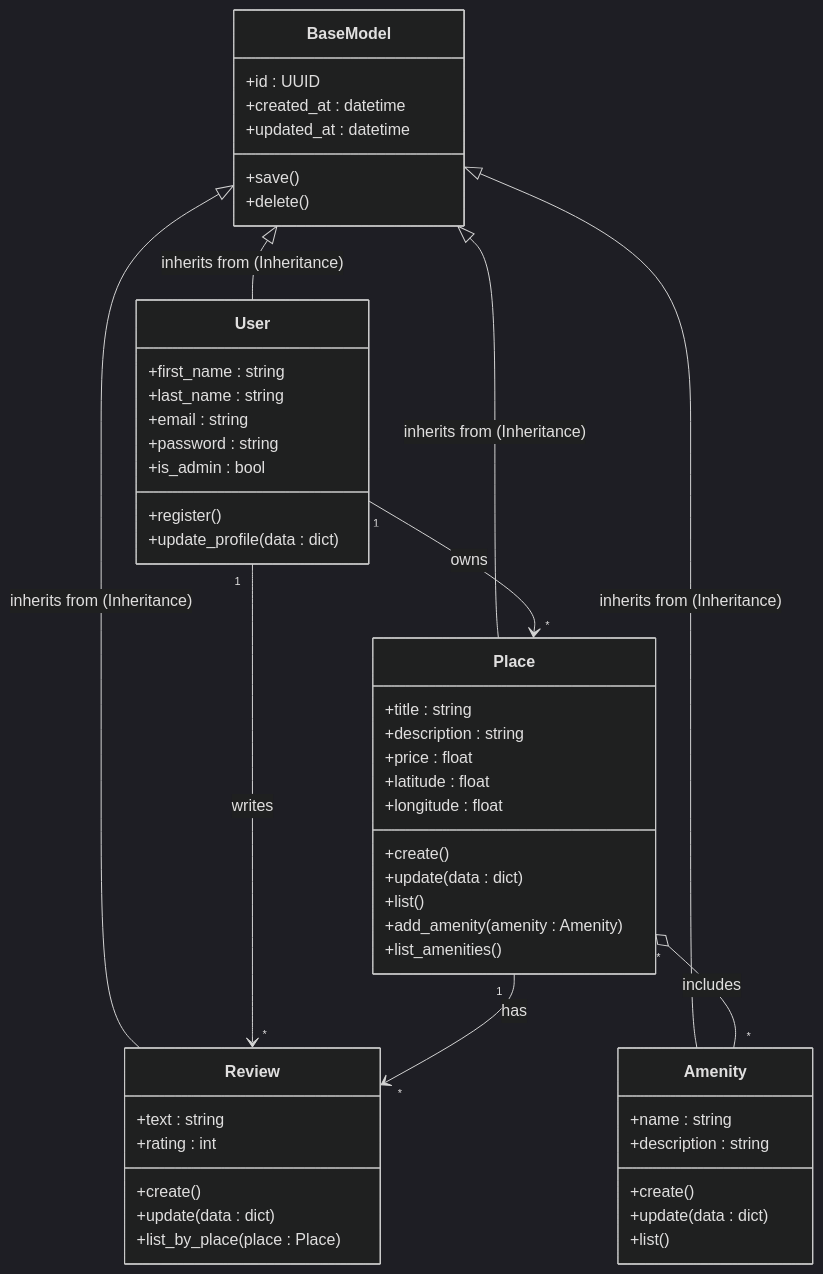
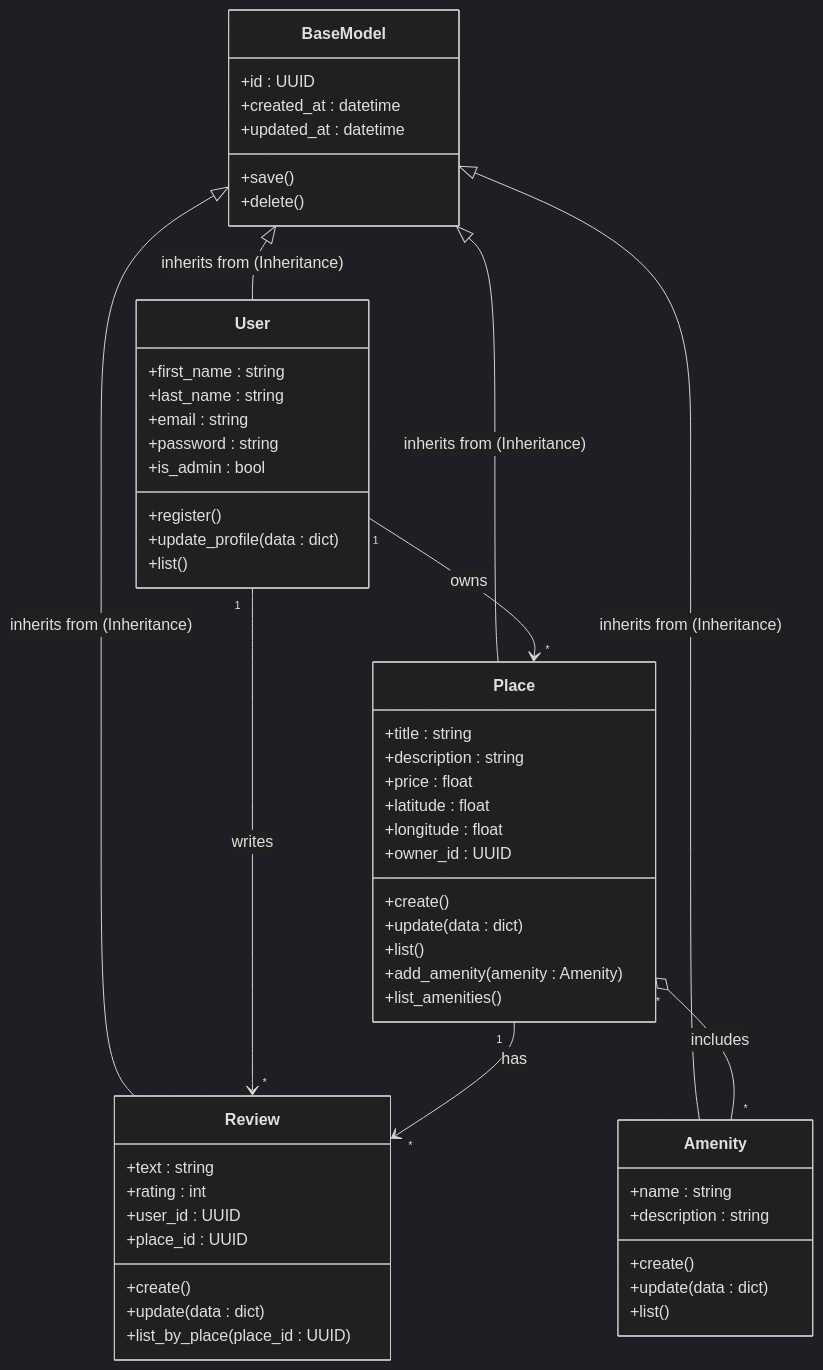
The second of 6 diagrams in part1/README.md (alzahra3ali-bit/holbertonschool-hbnb), drawn with Mermaid (dark theme) before and after one commit. The commit also changed other lines of this file, not shown here.

````diff
--- a/part1/README.md
+++ b/part1/README.md
@@ -47,60 +46,64 @@
 ```mermaid
 classDiagram
 
 class BaseModel {
   +id : UUID
   +created_at : datetime
   +updated_at : datetime
   +save()
   +delete()
 }
 
 class User {
   +first_name : string
   +last_name : string
   +email : string
   +password : string
   +is_admin : bool
   +register()
   +update_profile(data : dict)
+  +list()
 }
 
 class Place {
   +title : string
   +description : string
   +price : float
   +latitude : float
   +longitude : float
+  +owner_id : UUID
   +create()
   +update(data : dict)
   +list()
   +add_amenity(amenity : Amenity)
   +list_amenities()
 }
 
 class Review {
   +text : string
   +rating : int
+  +user_id : UUID
+  +place_id : UUID
   +create()
   +update(data : dict)
-  +list_by_place(place : Place)
+  +list_by_place(place_id : UUID)
 }
 
 class Amenity {
   +name : string
   +description : string
   +create()
   +update(data : dict)
   +list()
 }
 
 BaseModel <|-- User : inherits from (Inheritance)
 BaseModel <|-- Place : inherits from (Inheritance)
 BaseModel <|-- Review : inherits from (Inheritance)
 BaseModel <|-- Amenity : inherits from (Inheritance)
 
 User "1" --> "*" Place : owns
 User "1" --> "*" Review : writes
 Place "1" --> "*" Review : has
 Place "*" o-- "*" Amenity : includes
 ```
````
